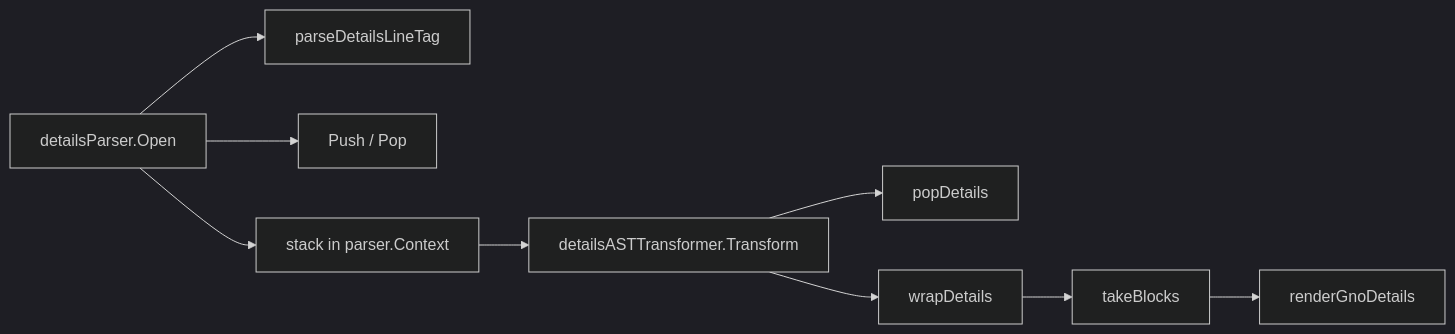
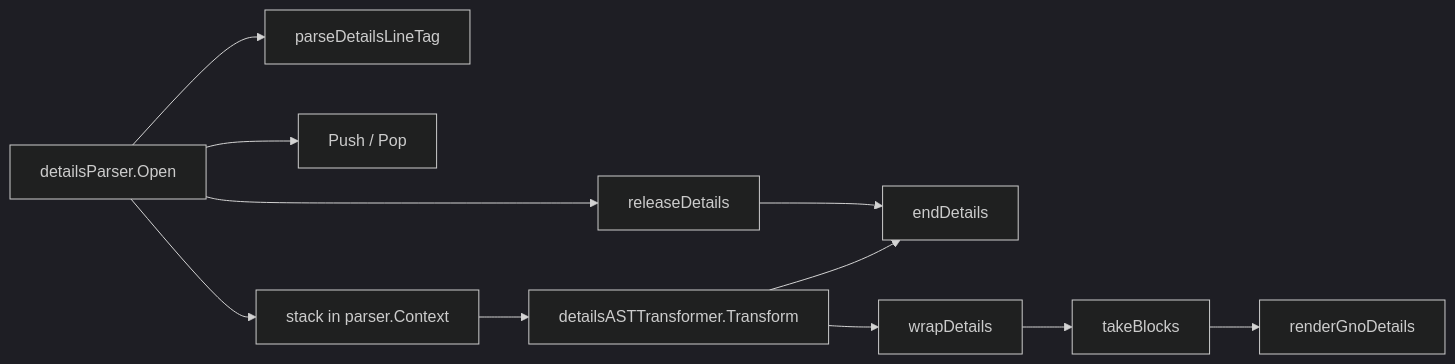
One commit to samouraiworld/gno-agent-workspace changed the diagram in reviews/pr/5xxx/5593-gnoweb-details-block/overview.md. Above: the diagram before and after it, drawn with Mermaid (dark theme). The commit also changed other lines of this file and 10 other files, not shown here.

````diff
--- a/reviews/pr/5xxx/5593-gnoweb-details-block/overview.md
+++ b/reviews/pr/5xxx/5593-gnoweb-details-block/overview.md
@@ -51,11 +51,13 @@
 ```mermaid
 flowchart LR
   O[detailsParser.Open] --> P[parseDetailsLineTag]
   O --> U[Push / Pop]
+  O --> L[releaseDetails]
+  L --> E[endDetails]
   O --> S[stack in parser.Context]
   S --> T[detailsASTTransformer.Transform]
-  T --> D[popDetails]
+  T --> E
   T --> W[wrapDetails]
   W --> K[takeBlocks]
   K --> R[renderGnoDetails]
 ```
````
